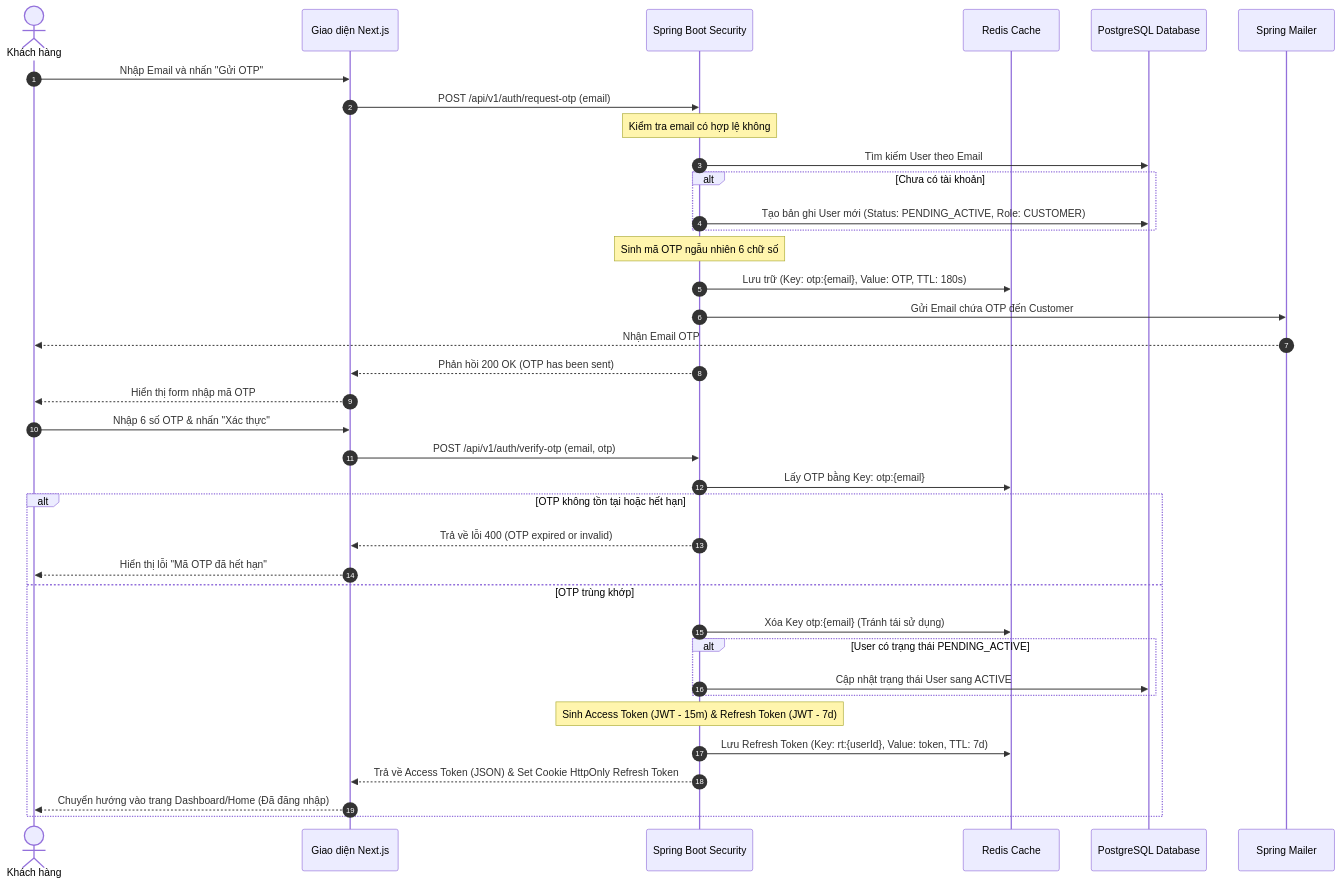
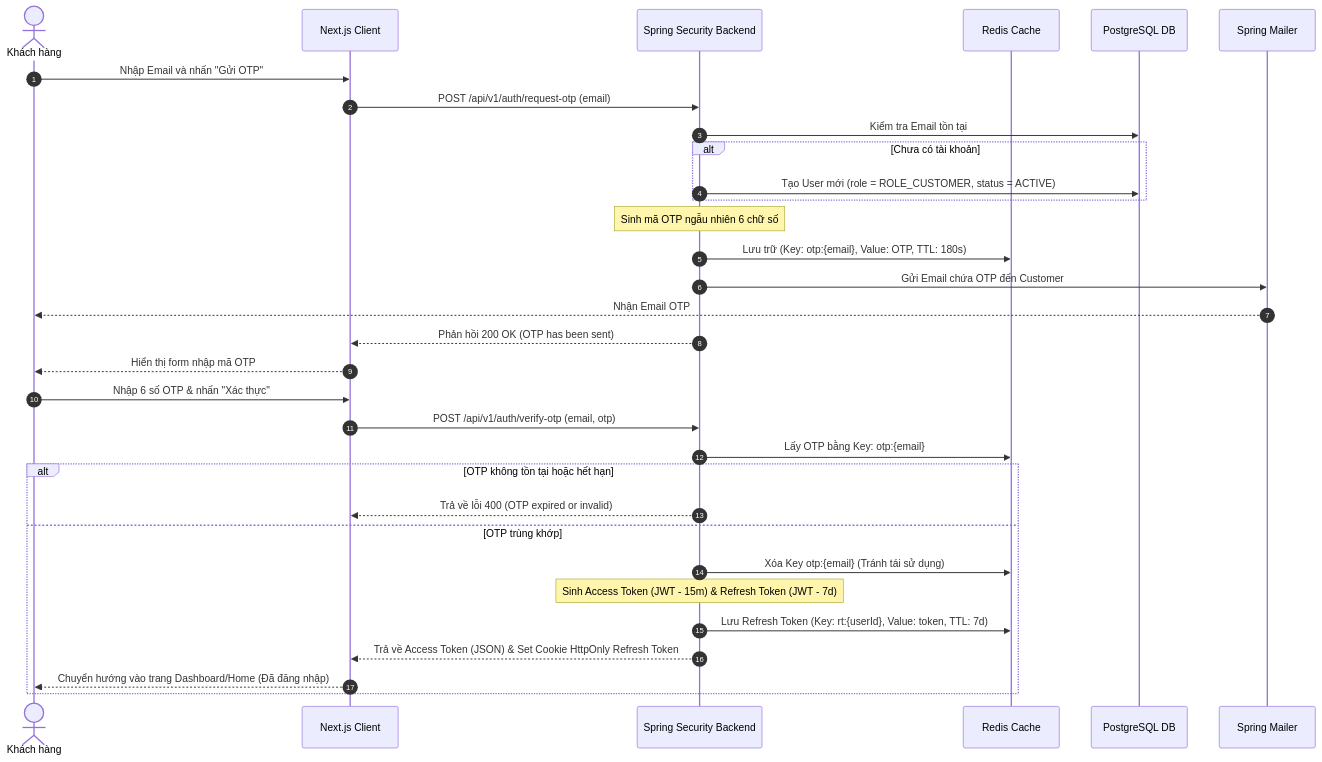
One commit to finallbossl/BE_tourism changed the fourth of 7 diagrams in SYSTEM_DESIGN.md. Above: the diagram before and after it, drawn with Mermaid. The commit also changed other lines of this file and 14 other files, not shown here.

Commit message:
feat: implement authentication module with OTP, JWT, and database schema updates

````diff
--- a/SYSTEM_DESIGN.md
+++ b/SYSTEM_DESIGN.md
@@ -254,44 +286,39 @@
 ```mermaid
 sequenceDiagram
     autonumber
     actor Customer as Khách hàng
-    participant FE as Giao diện Next.js
-    participant BE as Spring Boot Security
+    participant FE as Next.js Client
+    participant BE as Spring Security Backend
     participant Redis as Redis Cache
-    participant DB as PostgreSQL Database
+    participant DB as PostgreSQL DB
     participant Mail as Spring Mailer
 
     Customer->>FE: Nhập Email và nhấn "Gửi OTP"
     FE->>BE: POST /api/v1/auth/request-otp (email)
     
-    Note over BE: Kiểm tra email có hợp lệ không
-    BE->>DB: Tìm kiếm User theo Email
+    BE->>DB: Kiểm tra Email tồn tại
     alt Chưa có tài khoản
-        BE->>DB: Tạo bản ghi User mới (Status: PENDING_ACTIVE, Role: CUSTOMER)
+        BE->>DB: Tạo User mới (role = ROLE_CUSTOMER, status = ACTIVE)
     end
 
     Note over BE: Sinh mã OTP ngẫu nhiên 6 chữ số
     BE->>Redis: Lưu trữ (Key: otp:{email}, Value: OTP, TTL: 180s)
     BE->>Mail: Gửi Email chứa OTP đến Customer
     Mail-->>Customer: Nhận Email OTP
     BE-->>FE: Phản hồi 200 OK (OTP has been sent)
     FE-->>Customer: Hiển thị form nhập mã OTP
 
     Customer->>FE: Nhập 6 số OTP & nhấn "Xác thực"
     FE->>BE: POST /api/v1/auth/verify-otp (email, otp)
     
     BE->>Redis: Lấy OTP bằng Key: otp:{email}
     alt OTP không tồn tại hoặc hết hạn
         BE-->>FE: Trả về lỗi 400 (OTP expired or invalid)
-        FE-->>Customer: Hiển thị lỗi "Mã OTP đã hết hạn"
     else OTP trùng khớp
         BE->>Redis: Xóa Key otp:{email} (Tránh tái sử dụng)
-        alt User có trạng thái PENDING_ACTIVE
-            BE->>DB: Cập nhật trạng thái User sang ACTIVE
-        end
         Note over BE: Sinh Access Token (JWT - 15m) & Refresh Token (JWT - 7d)
         BE->>Redis: Lưu Refresh Token (Key: rt:{userId}, Value: token, TTL: 7d)
         BE-->>FE: Trả về Access Token (JSON) & Set Cookie HttpOnly Refresh Token
         FE-->>Customer: Chuyển hướng vào trang Dashboard/Home (Đã đăng nhập)
     end
 ```
````
